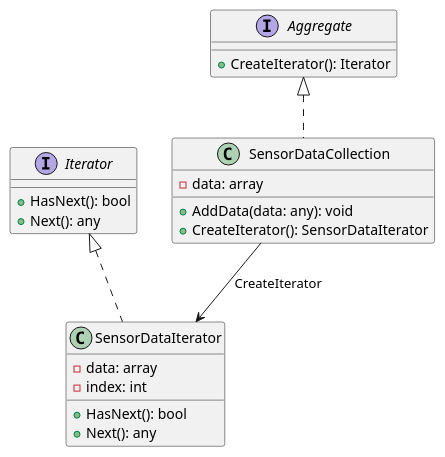
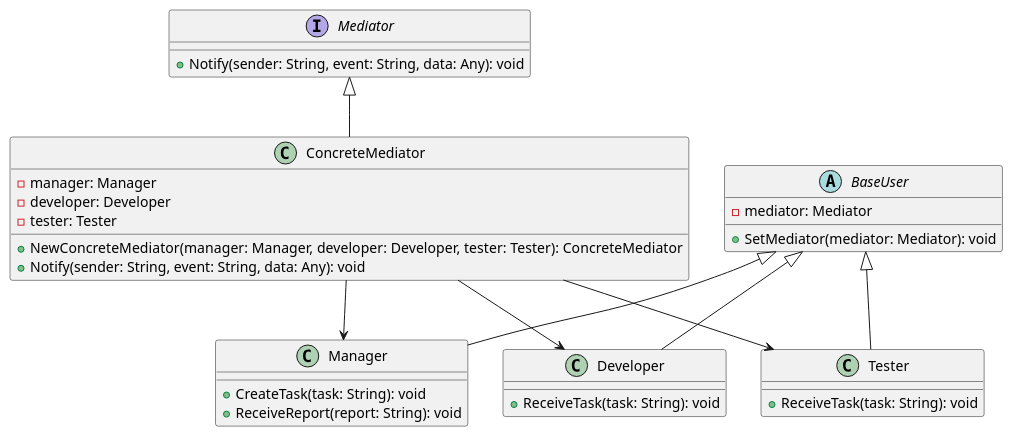
The diagram in klassifikaciya-patternov/povedencheskie-patterny-behavioral-patterns/posrednik-mediator/primery/koordinaciya-zadach-v-sisteme-upravleniya-proektami/go.md (andrewovchinnikov/design-patterns), drawn with PlantUML before and after one commit. The commit also changed other lines of this file and 105 other files, not shown here.

````diff
--- a/klassifikaciya-patternov/povedencheskie-patterny-behavioral-patterns/posrednik-mediator/primery/koordinaciya-zadach-v-sisteme-upravleniya-proektami/go.md
+++ b/klassifikaciya-patternov/povedencheskie-patterny-behavioral-patterns/posrednik-mediator/primery/koordinaciya-zadach-v-sisteme-upravleniya-proektami/go.md
@@ -106,27 +175,41 @@
 ```plantuml
 @startuml
-interface Iterator {
-    +HasNext(): bool
-    +Next(): any
+interface Mediator {
+    +Notify(sender: String, event: String, data: Any): void
 }
 
-interface Aggregate {
-    +CreateIterator(): Iterator
+class ConcreteMediator {
+    -manager: Manager
+    -developer: Developer
+    -tester: Tester
+    +NewConcreteMediator(manager: Manager, developer: Developer, tester: Tester): ConcreteMediator
+    +Notify(sender: String, event: String, data: Any): void
 }
 
-class SensorDataCollection implements Aggregate {
-    -data: array
-    +AddData(data: any): void
-    +CreateIterator(): SensorDataIterator
+abstract class BaseUser {
+    -mediator: Mediator
+    +SetMediator(mediator: Mediator): void
 }
 
-class SensorDataIterator implements Iterator {
-    -data: array
-    -index: int
-    +HasNext(): bool
-    +Next(): any
+class Manager {
+    +CreateTask(task: String): void
+    +ReceiveReport(report: String): void
 }
 
-SensorDataCollection --> SensorDataIterator: CreateIterator
+class Developer {
+    +ReceiveTask(task: String): void
+}
+
+class Tester {
+    +ReceiveTask(task: String): void
+}
+
+Mediator <|-- ConcreteMediator
+BaseUser <|-- Manager
+BaseUser <|-- Developer
+BaseUser <|-- Tester
+ConcreteMediator --> Manager
+ConcreteMediator --> Developer
+ConcreteMediator --> Tester
 @enduml
 ```
````
